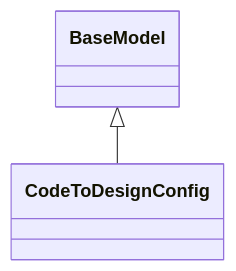
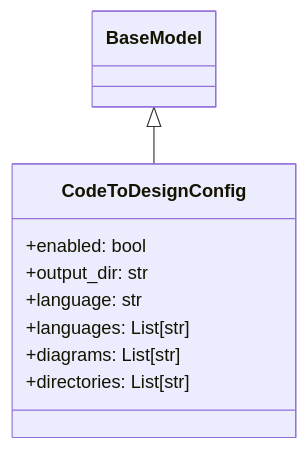
Diagram 11 of 15 in design/autocode/api/models_items.md (Brunvelop/autocode), drawn with Mermaid before and after one commit. The commit also changed other lines of this file and 8 other files, not shown here.

````diff
--- a/design/autocode/api/models_items.md
+++ b/design/autocode/api/models_items.md
@@ -137,7 +191,13 @@
 ```mermaid
 classDiagram
     class CodeToDesignConfig {
+        +enabled: bool
+        +output_dir: str
+        +language: str
+        +languages: List[str]
+        +diagrams: List[str]
+        +directories: List[str]
     }
     BaseModel <|-- CodeToDesignConfig
 
 ```
````
